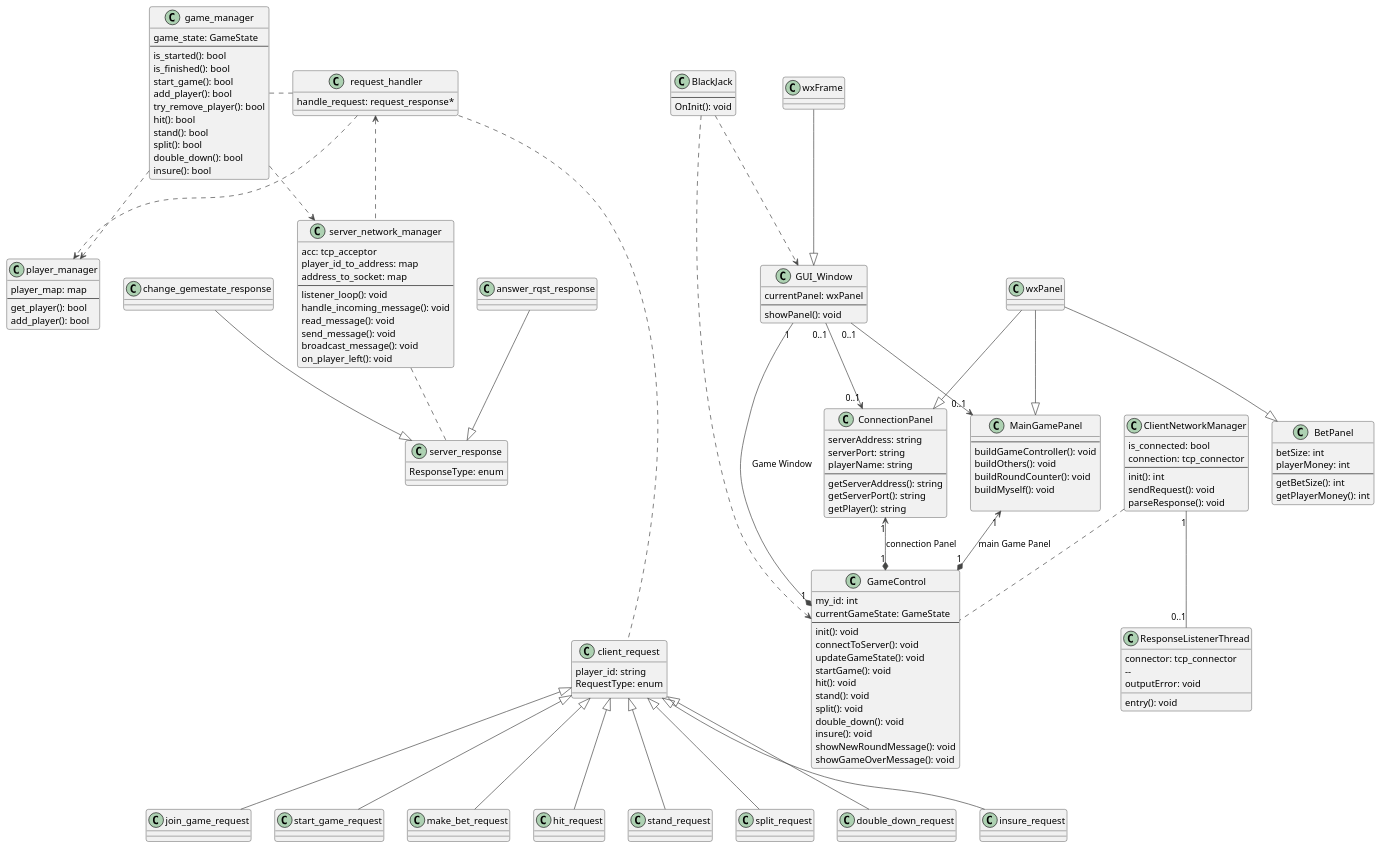
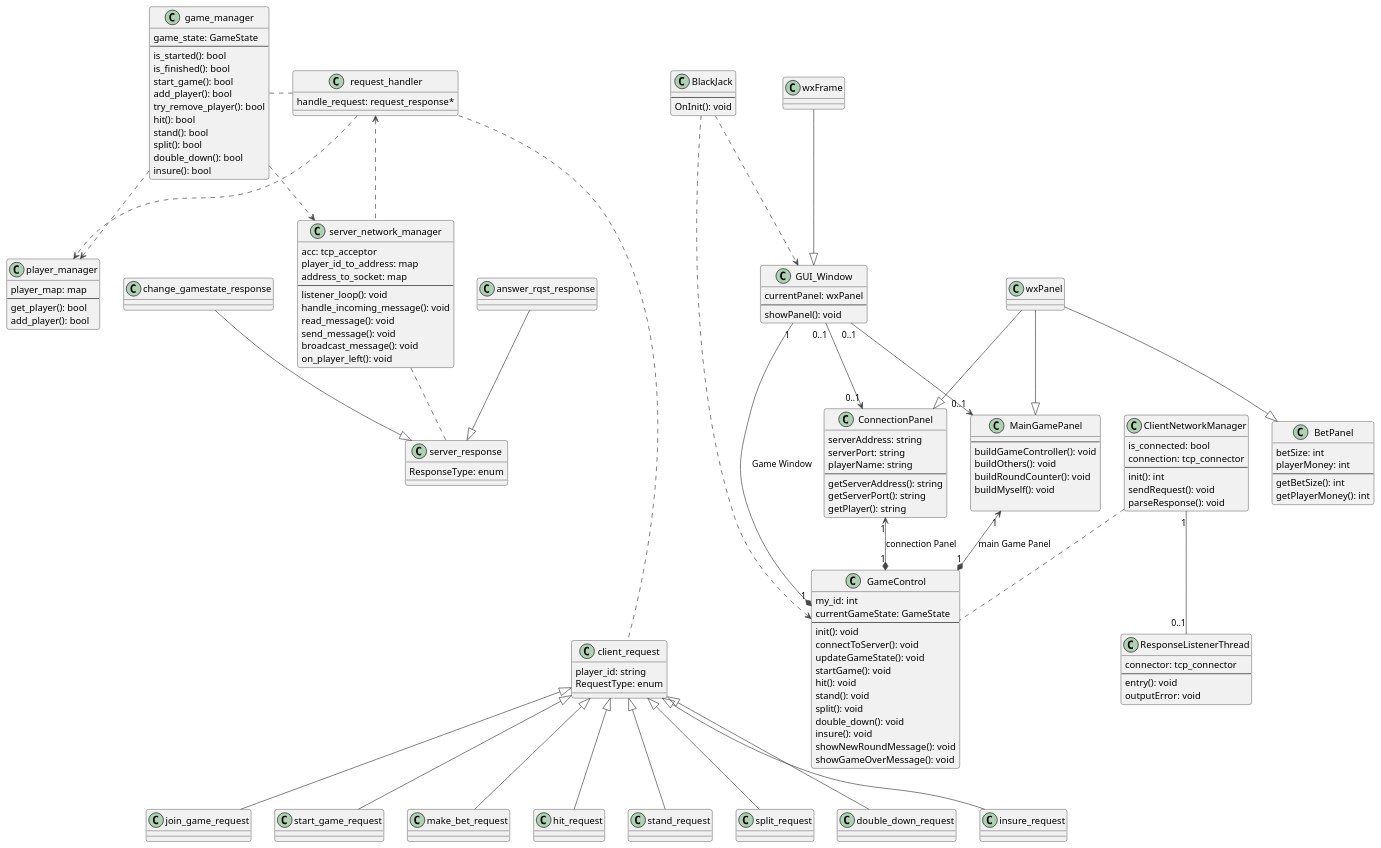
One commit to luca-commits/blackjack changed the diagram in sds/client_server_classdiag.puml. Above: the diagram before and after it, drawn with PlantUML. The commit also changed other lines of this file, not shown here.

Commit message:
Fixed a typo

```diff
--- a/sds/client_server_classdiag.puml
+++ b/sds/client_server_classdiag.puml
@@ -1,195 +1,195 @@
 @startuml "Client&Server_communication"
 !theme vibrant
 ' !theme plain
 
 page 2x1
 
 class BlackJack{
     --
     OnInit(): void
 }
 
 class GameControl{
-    my_id: int 
+    my_id: int
     currentGameState: GameState
     --
     init(): void
     connectToServer(): void
     updateGameState(): void
     startGame(): void
     hit(): void
     stand(): void
     split(): void
     double_down(): void
     insure(): void
     showNewRoundMessage(): void
     showGameOverMessage(): void
 }
 class GUI_Window{
     currentPanel: wxPanel
     --
     showPanel(): void
 }
 
 
 
 class ConnectionPanel{
     serverAddress: string
     serverPort: string
     playerName: string
     --
     getServerAddress(): string
     getServerPort(): string
     getPlayer(): string
 }
 
 class BetPanel{
     betSize: int
     playerMoney: int
     --
     getBetSize(): int
     getPlayerMoney(): int
 }
 
 Class MainGamePanel{
     --
     buildGameController(): void
     buildOthers(): void
     buildRoundCounter(): void
     buildMyself(): void
 
 }
 
 
 
 Class ClientNetworkManager{
     is_connected: bool
-    connection: tcp_connector 
+    connection: tcp_connector
     --
     init(): int
     sendRequest(): void
-    parseResponse(): void 
+    parseResponse(): void
 }
 
 Class ResponseListenerThread{
     connector: tcp_connector
-    -- 
+    --
     entry(): void
     outputError: void
 }
 
 ' =======================================
 Class server_network_manager{
     acc: tcp_acceptor
     player_id_to_address: map
     address_to_socket: map
     --
     listener_loop(): void
     handle_incoming_message(): void
     read_message(): void
     send_message(): void
     broadcast_message(): void
     on_player_left(): void
 }
 
 Class player_manager{
     player_map: map
     --
     get_player(): bool
     add_player(): bool
 }
 
 Class game_manager{
     game_state: GameState
     --
-    is_started(): bool  
+    is_started(): bool
     is_finished(): bool
     start_game(): bool
     add_player(): bool
     try_remove_player(): bool
     hit(): bool
     stand(): bool
     split(): bool
     double_down(): bool
     insure(): bool
 }
 
 Class request_handler{
     handle_request: request_response*
 
 }
 
 
 ' ===============================
 
-' the following is exactly the same as in 
+' the following is exactly the same as in
 ' the example client package
 
 BlackJack ..> GameControl
 BlackJack ..> GUI_Window
 
 GUI_Window "0..1" --> "0..1" ConnectionPanel
 GUI_Window "0..1" --> "0..1" MainGamePanel
 GUI_Window "1" --* "1" GameControl : "Game Window"
 
 ConnectionPanel "1" <--* "1" GameControl :  "connection Panel"
 MainGamePanel "1" <--* "1" GameControl : "main Game Panel"
 
 ClientNetworkManager .. GameControl
 ClientNetworkManager "1" -- "0..1" ResponseListenerThread
 
 ' ============================
 ' Additional
 wxPanel --|> MainGamePanel
 wxPanel --|> ConnectionPanel
 wxPanel --|> BetPanel
 wxFrame --|> GUI_Window
 
 
 ' ======
 ' this is the same as in example server package but we combined
 ' game_instance and game_instance_manager to game_manager
 request_handler .left. game_manager
 request_handler ..> player_manager
 request_handler <.. server_network_manager
 game_manager ..> server_network_manager
 game_manager ..> player_manager
 
 ' ===========
 
 
 
 request_handler .. client_request
 server_network_manager .. server_response
 
 ' ===========================
 
 ' package STUUFFFF <<Folder>> {
 together {
 
 class client_request{
 player_id: string
 RequestType: enum
 }
 client_request <|-- join_game_request
 client_request <|-- start_game_request
 client_request <|-- make_bet_request
 client_request <|-- hit_request
 client_request <|-- stand_request
 client_request <|-- split_request
 client_request <|-- double_down_request
 client_request <|-- insure_request
 
 
 class server_response{
 ResponseType: enum
 }
 server_response <|-up-  answer_rqst_response
-server_response <|-up-  change_gemestate_response
+server_response <|-up-  change_gamestate_response
 
 }
 server_response .down[hidden]. client_request
 
 
 
 @enduml
```
